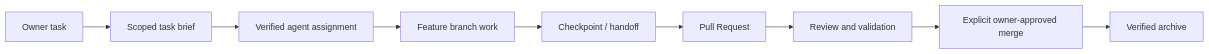
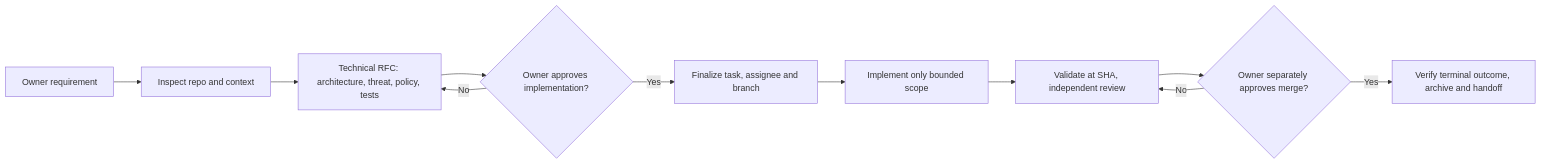
Before and after one commit to im-tnyx/Tio-Money: the diagram in .ai/core/workflow-rules.md, drawn with Mermaid. The commit also changed other lines of this file and 4 other files, not shown here.

Commit message:
docs: formalize RFC task-state gates and link-safe archival

````diff
--- a/.ai/core/workflow-rules.md
+++ b/.ai/core/workflow-rules.md
@@ -5,11 +5,13 @@
 ```mermaid
 flowchart LR
-  A["Owner task"] --> B["Scoped task brief"]
-  B --> C["Verified agent assignment"]
-  C --> D["Feature branch work"]
-  D --> E["Checkpoint / handoff"]
-  E --> F["Pull Request"]
-  F --> G["Review and validation"]
-  G --> H["Explicit owner-approved merge"]
-  H --> I["Verified archive"]
+  A["Owner requirement"] --> B["Inspect repo and context"]
+  B --> C["Technical RFC: architecture, threat, policy, tests"]
+  C --> D{"Owner approves implementation?"}
+  D -->|No| C
+  D -->|Yes| E["Finalize task, assignee and branch"]
+  E --> F["Implement only bounded scope"]
+  F --> G["Validate at SHA, independent review"]
+  G --> H{"Owner separately approves merge?"}
+  H -->|No| G
+  H -->|Yes| I["Verify terminal outcome, archive and handoff"]
 ```
````
